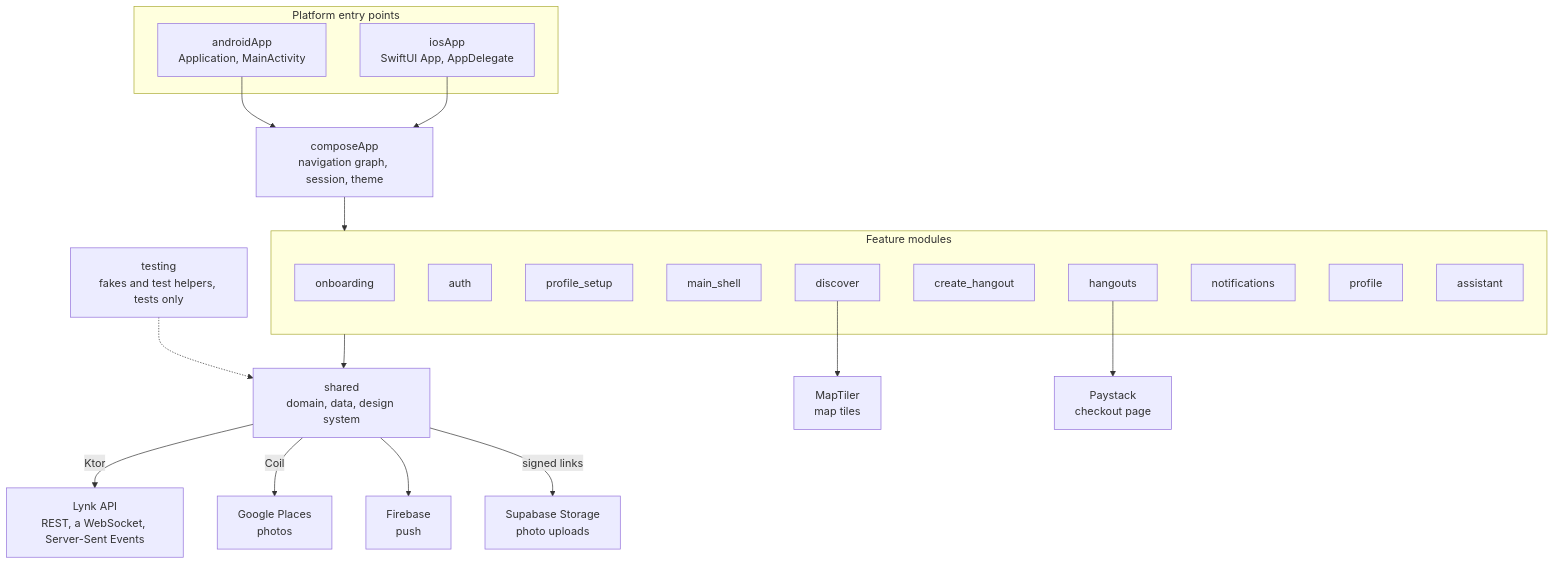
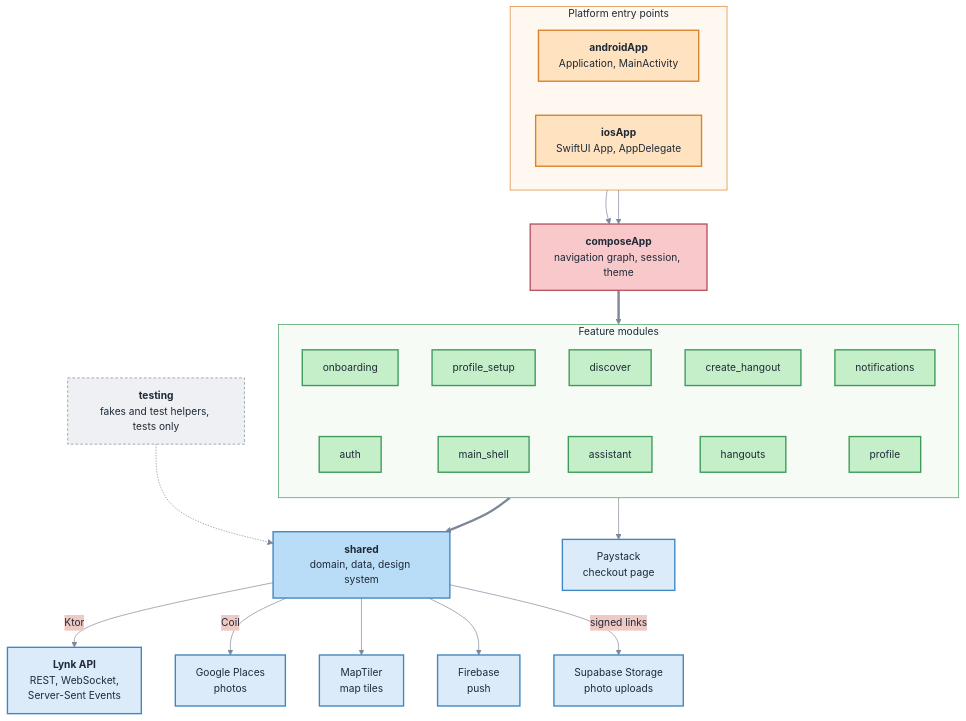
One commit to EEseka/Lynk changed the diagram in README.md. Above: the diagram before and after it, drawn with Mermaid. The commit also changed other lines of this file, not shown here.

````diff
--- a/README.md
+++ b/README.md
@@ -42,44 +67,56 @@
 ```mermaid
+%%{init: {"theme": "base", "themeVariables": {"fontFamily": "-apple-system, BlinkMacSystemFont, Segoe UI, Helvetica, Arial, sans-serif", "fontSize": "15px", "primaryColor": "#C4EFC9", "primaryTextColor": "#1F2937", "primaryBorderColor": "#3E9A5B", "lineColor": "#7C8798", "clusterBkg": "#F6FBF6", "clusterBorder": "#3E9A5B", "titleColor": "#1F2937"}}}%%
 flowchart TB
-    subgraph apps [Platform entry points]
-        ANDROID["androidApp<br/>Application, MainActivity"]
-        IOS["iosApp<br/>SwiftUI App, AppDelegate"]
+    subgraph APPS ["Platform entry points"]
+        direction LR
+        ANDROID["<b>androidApp</b><br/>Application, MainActivity"]
+        IOS["<b>iosApp</b><br/>SwiftUI App, AppDelegate"]
     end
 
-    COMPOSE["composeApp<br/>navigation graph, session, theme"]
+    COMPOSE["<b>composeApp</b><br/>navigation graph, session, theme"]
 
-    subgraph features [Feature modules]
-        ONB[onboarding]
-        AUTH[auth]
-        SETUP[profile_setup]
-        SHELL[main_shell]
-        DISC[discover]
-        CREATE[create_hangout]
-        HANG[hangouts]
-        NOTIF[notifications]
-        PROF[profile]
-        AI[assistant]
+    subgraph FEATURES ["Feature modules"]
+        direction TB
+        ONB["onboarding"] ~~~ AUTH["auth"]
+        SETUP["profile_setup"] ~~~ SHELL["main_shell"]
+        DISC["discover"] ~~~ AI["assistant"]
+        CREATE["create_hangout"] ~~~ HANG["hangouts"]
+        NOTIF["notifications"] ~~~ PROF["profile"]
     end
 
-    SHARED["shared<br/>domain, data, design system"]
-    TESTING["testing<br/>fakes and test helpers, tests only"]
+    SHARED["<b>shared</b><br/>domain, data, design system"]
+    TESTING["<b>testing</b><br/>fakes and test helpers, tests only"]
 
-    API["Lynk API<br/>REST, a WebSocket, Server-Sent Events"]
+    API["<b>Lynk API</b><br/>REST, WebSocket,<br/>Server-Sent Events"]
     GOOGLE["Google Places<br/>photos"]
     MAP["MapTiler<br/>map tiles"]
     PAYSTACK["Paystack<br/>checkout page"]
     FCM["Firebase<br/>push"]
     STORAGE["Supabase Storage<br/>photo uploads"]
 
     ANDROID --> COMPOSE
     IOS --> COMPOSE
-    COMPOSE --> features
-    features --> SHARED
+    COMPOSE ==> FEATURES
+    FEATURES ==> SHARED
     TESTING -.-> SHARED
     SHARED -->|Ktor| API
     SHARED -->|Coil| GOOGLE
-    DISC --> MAP
-    HANG --> PAYSTACK
+    SHARED --> MAP
     SHARED --> FCM
     SHARED -->|signed links| STORAGE
+    HANG --> PAYSTACK
+
+    classDef client fill:#FFE2BF,stroke:#D9822B,color:#1F2937,stroke-width:2px
+    classDef app fill:#F8C8CB,stroke:#B85560,color:#1F2937,stroke-width:2px
+    classDef unit fill:#C4EFC9,stroke:#3E9A5B,color:#1F2937,stroke-width:2px
+    classDef common fill:#B9DCF7,stroke:#3F86C2,color:#1F2937,stroke-width:2px
+    classDef test fill:#EEF0F3,stroke:#7C8798,color:#1F2937,stroke-width:1px,stroke-dasharray: 4 3
+    classDef ext fill:#DCEBFA,stroke:#3F86C2,color:#1F2937,stroke-width:2px
+    class ANDROID,IOS client
+    class COMPOSE app
+    class ONB,AUTH,SETUP,SHELL,DISC,CREATE,HANG,NOTIF,PROF,AI unit
+    class SHARED common
+    class TESTING test
+    class API,GOOGLE,MAP,PAYSTACK,FCM,STORAGE ext
+    style APPS fill:#FFF8F0,stroke:#D9822B,color:#1F2937
 ```
````
